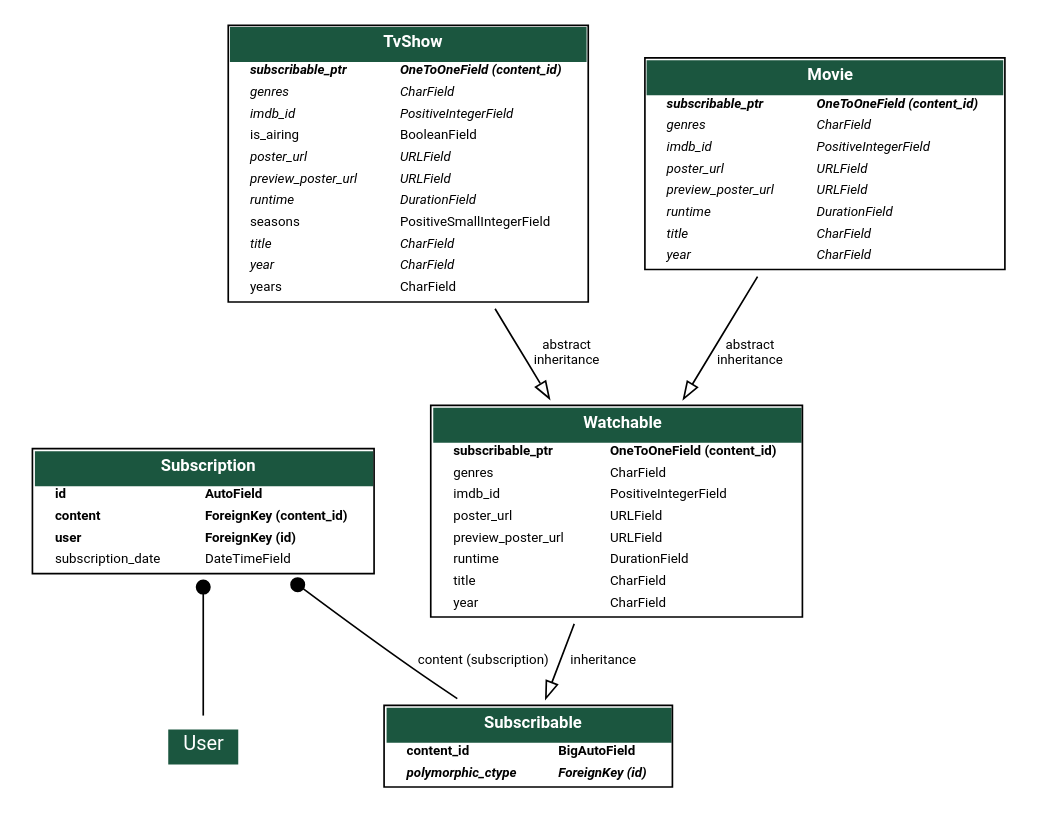
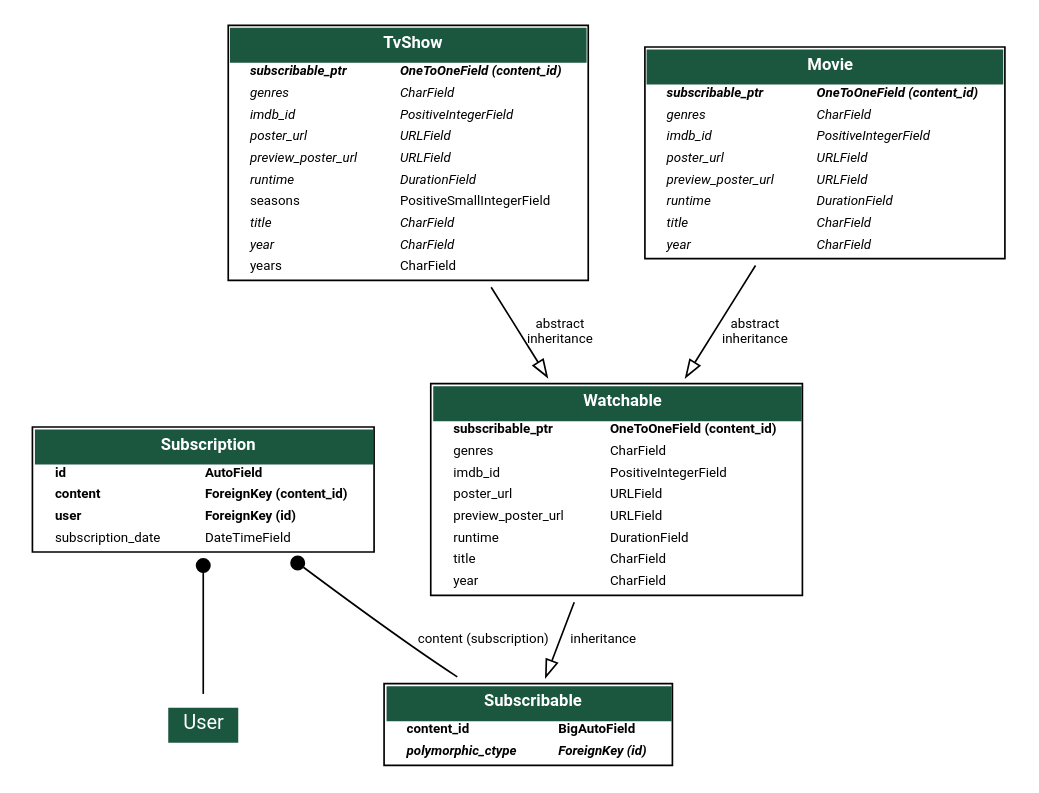
Before and after one commit to VitalikTsarik/mara2: the diagram in development/models_diagram.dot, drawn with Graphviz. The commit also changed 7 other files, not shown here.

Commit message:
remove is_airing field and Tooltip component

```diff
--- a/development/models_diagram.dot
+++ b/development/models_diagram.dot
@@ -28,71 +28,71 @@
     <FONT FACE="Roboto" COLOR="white" POINT-SIZE="10"><B>
     Watchable
     </B></FONT></TD></TR>
-  
-  
+
+
     <TR><TD ALIGN="LEFT" BORDER="0">
     <FONT FACE="Roboto"><B>subscribable_ptr</B></FONT>
     </TD><TD ALIGN="LEFT">
     <FONT FACE="Roboto"><B>OneToOneField (content_id)</B></FONT>
     </TD></TR>
-  
-  
-  
+
+
+
     <TR><TD ALIGN="LEFT" BORDER="0">
     <FONT FACE="Roboto">genres</FONT>
     </TD><TD ALIGN="LEFT">
     <FONT FACE="Roboto">CharField</FONT>
     </TD></TR>
-  
-  
-  
+
+
+
     <TR><TD ALIGN="LEFT" BORDER="0">
     <FONT FACE="Roboto">imdb_id</FONT>
     </TD><TD ALIGN="LEFT">
     <FONT FACE="Roboto">PositiveIntegerField</FONT>
     </TD></TR>
-  
-  
-  
+
+
+
     <TR><TD ALIGN="LEFT" BORDER="0">
     <FONT FACE="Roboto">poster_url</FONT>
     </TD><TD ALIGN="LEFT">
     <FONT FACE="Roboto">URLField</FONT>
     </TD></TR>
-  
-  
-  
+
+
+
     <TR><TD ALIGN="LEFT" BORDER="0">
     <FONT FACE="Roboto">preview_poster_url</FONT>
     </TD><TD ALIGN="LEFT">
     <FONT FACE="Roboto">URLField</FONT>
     </TD></TR>
-  
-  
-  
+
+
+
     <TR><TD ALIGN="LEFT" BORDER="0">
     <FONT FACE="Roboto">runtime</FONT>
     </TD><TD ALIGN="LEFT">
     <FONT FACE="Roboto">DurationField</FONT>
     </TD></TR>
-  
-  
-  
+
+
+
     <TR><TD ALIGN="LEFT" BORDER="0">
     <FONT FACE="Roboto">title</FONT>
     </TD><TD ALIGN="LEFT">
     <FONT FACE="Roboto">CharField</FONT>
     </TD></TR>
-  
-  
-  
+
+
+
     <TR><TD ALIGN="LEFT" BORDER="0">
     <FONT FACE="Roboto">year</FONT>
     </TD><TD ALIGN="LEFT">
     <FONT FACE="Roboto">CharField</FONT>
     </TD></TR>
-  
-  
+
+
     </TABLE>
     >]
 
@@ -102,23 +102,23 @@
     <FONT FACE="Roboto" COLOR="white" POINT-SIZE="10"><B>
     Subscribable
     </B></FONT></TD></TR>
-  
-  
+
+
     <TR><TD ALIGN="LEFT" BORDER="0">
     <FONT FACE="Roboto"><B>content_id</B></FONT>
     </TD><TD ALIGN="LEFT">
     <FONT FACE="Roboto"><B>BigAutoField</B></FONT>
     </TD></TR>
-  
-  
-  
+
+
+
     <TR><TD ALIGN="LEFT" BORDER="0">
     <FONT FACE="Roboto"><I><B>polymorphic_ctype</B></I></FONT>
     </TD><TD ALIGN="LEFT">
     <FONT FACE="Roboto"><I><B>ForeignKey (id)</B></I></FONT>
     </TD></TR>
-  
-  
+
+
     </TABLE>
     >]
 
@@ -128,39 +128,39 @@
     <FONT FACE="Roboto" COLOR="white" POINT-SIZE="10"><B>
     Subscription
     </B></FONT></TD></TR>
-  
-  
+
+
     <TR><TD ALIGN="LEFT" BORDER="0">
     <FONT FACE="Roboto"><B>id</B></FONT>
     </TD><TD ALIGN="LEFT">
     <FONT FACE="Roboto"><B>AutoField</B></FONT>
     </TD></TR>
-  
-  
-  
+
+
+
     <TR><TD ALIGN="LEFT" BORDER="0">
     <FONT FACE="Roboto"><B>content</B></FONT>
     </TD><TD ALIGN="LEFT">
     <FONT FACE="Roboto"><B>ForeignKey (content_id)</B></FONT>
     </TD></TR>
-  
-  
-  
+
+
+
     <TR><TD ALIGN="LEFT" BORDER="0">
     <FONT FACE="Roboto"><B>user</B></FONT>
     </TD><TD ALIGN="LEFT">
     <FONT FACE="Roboto"><B>ForeignKey (id)</B></FONT>
     </TD></TR>
-  
-  
-  
+
+
+
     <TR><TD ALIGN="LEFT" BORDER="0">
     <FONT FACE="Roboto">subscription_date</FONT>
     </TD><TD ALIGN="LEFT">
     <FONT FACE="Roboto">DateTimeField</FONT>
     </TD></TR>
-  
-  
+
+
     </TABLE>
     >]
 
@@ -170,95 +170,85 @@
     <FONT FACE="Roboto" COLOR="white" POINT-SIZE="10"><B>
     TvShow
     </B></FONT></TD></TR>
-  
-  
+
+
     <TR><TD ALIGN="LEFT" BORDER="0">
     <FONT FACE="Roboto"><I><B>subscribable_ptr</B></I></FONT>
     </TD><TD ALIGN="LEFT">
     <FONT FACE="Roboto"><I><B>OneToOneField (content_id)</B></I></FONT>
     </TD></TR>
-  
-  
-  
+
+
+
     <TR><TD ALIGN="LEFT" BORDER="0">
     <FONT FACE="Roboto"><I>genres</I></FONT>
     </TD><TD ALIGN="LEFT">
     <FONT FACE="Roboto"><I>CharField</I></FONT>
     </TD></TR>
-  
-  
-  
+
+
+
     <TR><TD ALIGN="LEFT" BORDER="0">
     <FONT FACE="Roboto"><I>imdb_id</I></FONT>
     </TD><TD ALIGN="LEFT">
     <FONT FACE="Roboto"><I>PositiveIntegerField</I></FONT>
     </TD></TR>
-  
-  
-  
-    <TR><TD ALIGN="LEFT" BORDER="0">
-    <FONT FACE="Roboto">is_airing</FONT>
-    </TD><TD ALIGN="LEFT">
-    <FONT FACE="Roboto">BooleanField</FONT>
-    </TD></TR>
-  
-  
-  
+
     <TR><TD ALIGN="LEFT" BORDER="0">
     <FONT FACE="Roboto"><I>poster_url</I></FONT>
     </TD><TD ALIGN="LEFT">
     <FONT FACE="Roboto"><I>URLField</I></FONT>
     </TD></TR>
-  
-  
-  
+
+
+
     <TR><TD ALIGN="LEFT" BORDER="0">
     <FONT FACE="Roboto"><I>preview_poster_url</I></FONT>
     </TD><TD ALIGN="LEFT">
     <FONT FACE="Roboto"><I>URLField</I></FONT>
     </TD></TR>
-  
-  
-  
+
+
+
     <TR><TD ALIGN="LEFT" BORDER="0">
     <FONT FACE="Roboto"><I>runtime</I></FONT>
     </TD><TD ALIGN="LEFT">
     <FONT FACE="Roboto"><I>DurationField</I></FONT>
     </TD></TR>
-  
-  
-  
+
+
+
     <TR><TD ALIGN="LEFT" BORDER="0">
     <FONT FACE="Roboto">seasons</FONT>
     </TD><TD ALIGN="LEFT">
     <FONT FACE="Roboto">PositiveSmallIntegerField</FONT>
     </TD></TR>
-  
-  
-  
+
+
+
     <TR><TD ALIGN="LEFT" BORDER="0">
     <FONT FACE="Roboto"><I>title</I></FONT>
     </TD><TD ALIGN="LEFT">
     <FONT FACE="Roboto"><I>CharField</I></FONT>
     </TD></TR>
-  
-  
-  
+
+
+
     <TR><TD ALIGN="LEFT" BORDER="0">
     <FONT FACE="Roboto"><I>year</I></FONT>
     </TD><TD ALIGN="LEFT">
     <FONT FACE="Roboto"><I>CharField</I></FONT>
     </TD></TR>
-  
-  
-  
+
+
+
     <TR><TD ALIGN="LEFT" BORDER="0">
     <FONT FACE="Roboto">years</FONT>
     </TD><TD ALIGN="LEFT">
     <FONT FACE="Roboto">CharField</FONT>
     </TD></TR>
-  
-  
+
+
     </TABLE>
     >]
 
@@ -268,71 +258,71 @@
     <FONT FACE="Roboto" COLOR="white" POINT-SIZE="10"><B>
     Movie
     </B></FONT></TD></TR>
-  
-  
+
+
     <TR><TD ALIGN="LEFT" BORDER="0">
     <FONT FACE="Roboto"><I><B>subscribable_ptr</B></I></FONT>
     </TD><TD ALIGN="LEFT">
     <FONT FACE="Roboto"><I><B>OneToOneField (content_id)</B></I></FONT>
     </TD></TR>
-  
-  
-  
+
+
+
     <TR><TD ALIGN="LEFT" BORDER="0">
     <FONT FACE="Roboto"><I>genres</I></FONT>
     </TD><TD ALIGN="LEFT">
     <FONT FACE="Roboto"><I>CharField</I></FONT>
     </TD></TR>
-  
-  
-  
+
+
+
     <TR><TD ALIGN="LEFT" BORDER="0">
     <FONT FACE="Roboto"><I>imdb_id</I></FONT>
     </TD><TD ALIGN="LEFT">
     <FONT FACE="Roboto"><I>PositiveIntegerField</I></FONT>
     </TD></TR>
-  
-  
-  
+
+
+
     <TR><TD ALIGN="LEFT" BORDER="0">
     <FONT FACE="Roboto"><I>poster_url</I></FONT>
     </TD><TD ALIGN="LEFT">
     <FONT FACE="Roboto"><I>URLField</I></FONT>
     </TD></TR>
-  
-  
-  
+
+
+
     <TR><TD ALIGN="LEFT" BORDER="0">
     <FONT FACE="Roboto"><I>preview_poster_url</I></FONT>
     </TD><TD ALIGN="LEFT">
     <FONT FACE="Roboto"><I>URLField</I></FONT>
     </TD></TR>
-  
-  
-  
+
+
+
     <TR><TD ALIGN="LEFT" BORDER="0">
     <FONT FACE="Roboto"><I>runtime</I></FONT>
     </TD><TD ALIGN="LEFT">
     <FONT FACE="Roboto"><I>DurationField</I></FONT>
     </TD></TR>
-  
-  
-  
+
+
+
     <TR><TD ALIGN="LEFT" BORDER="0">
     <FONT FACE="Roboto"><I>title</I></FONT>
     </TD><TD ALIGN="LEFT">
     <FONT FACE="Roboto"><I>CharField</I></FONT>
     </TD></TR>
-  
-  
-  
+
+
+
     <TR><TD ALIGN="LEFT" BORDER="0">
     <FONT FACE="Roboto"><I>year</I></FONT>
     </TD><TD ALIGN="LEFT">
     <FONT FACE="Roboto"><I>CharField</I></FONT>
     </TD></TR>
-  
-  
+
+
     </TABLE>
     >]
 
```
